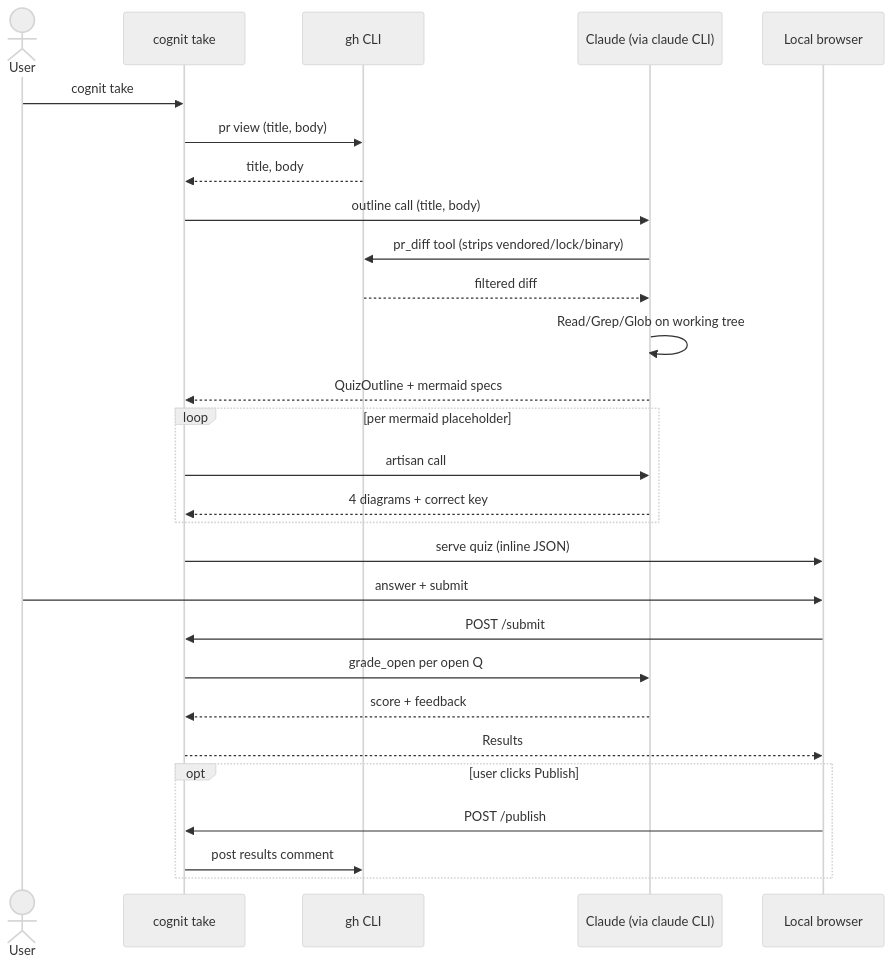
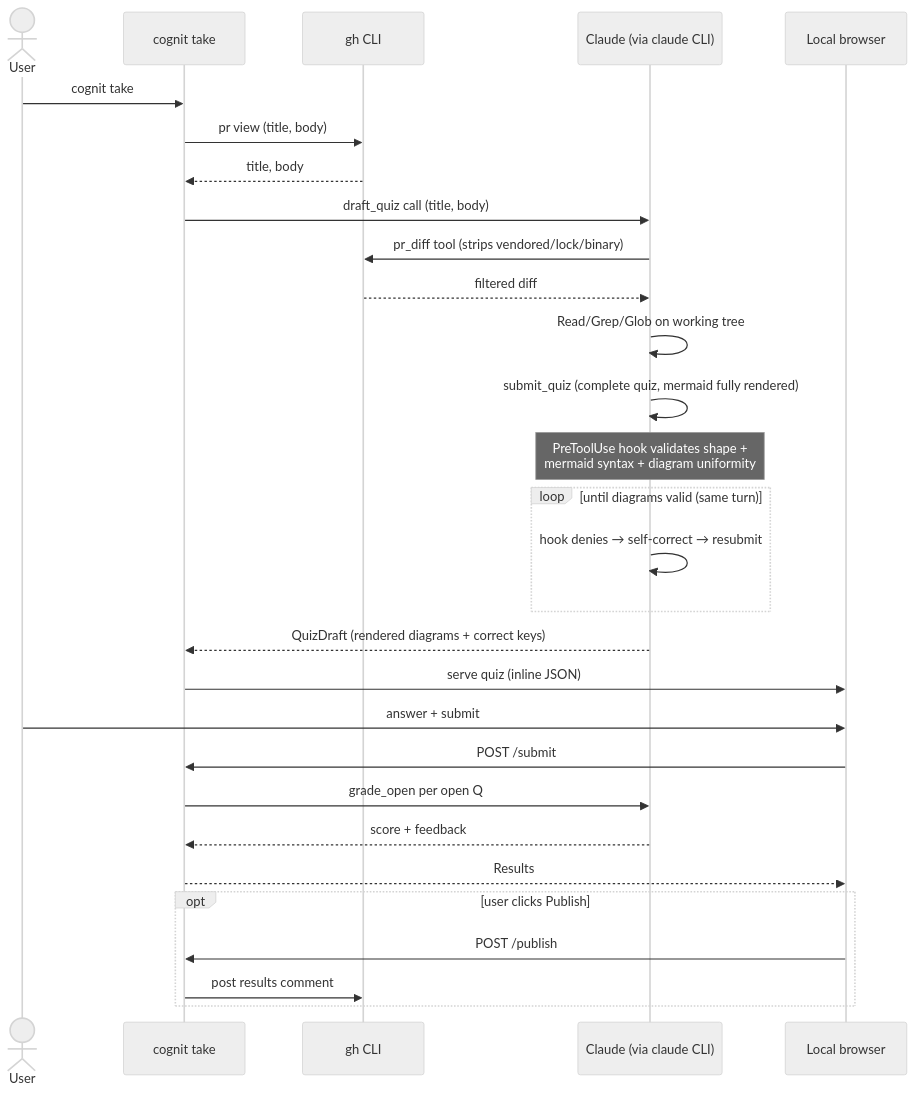
Before and after one commit to jonasbrami/cognit: the diagram in README.md, drawn with Mermaid (neutral theme). The commit also changed 2 other files, not shown here.

Commit message:
docs: describe single-stage quiz generation

````diff
--- a/README.md
+++ b/README.md
@@ -63,31 +63,32 @@
 ```mermaid
 sequenceDiagram
   actor User
   participant CLI as cognit take
   participant gh as gh CLI
   participant Agent as Claude (via claude CLI)
   participant Web as Local browser
 
   User->>CLI: cognit take
   CLI->>gh: pr view (title, body)
   gh-->>CLI: title, body
-  CLI->>Agent: outline call (title, body)
+  CLI->>Agent: draft_quiz call (title, body)
   Agent->>gh: pr_diff tool (strips vendored/lock/binary)
   gh-->>Agent: filtered diff
   Agent->>Agent: Read/Grep/Glob on working tree
-  Agent-->>CLI: QuizOutline + mermaid specs
-  loop per mermaid placeholder
-    CLI->>Agent: artisan call
-    Agent-->>CLI: 4 diagrams + correct key
+  Agent->>Agent: submit_quiz (complete quiz, mermaid fully rendered)
+  Note over Agent: PreToolUse hook validates shape +<br/>mermaid syntax + diagram uniformity
+  loop until diagrams valid (same turn)
+    Agent->>Agent: hook denies → self-correct → resubmit
   end
+  Agent-->>CLI: QuizDraft (rendered diagrams + correct keys)
   CLI->>Web: serve quiz (inline JSON)
   User->>Web: answer + submit
   Web->>CLI: POST /submit
   CLI->>Agent: grade_open per open Q
   Agent-->>CLI: score + feedback
   CLI-->>Web: Results
   opt user clicks Publish
     Web->>CLI: POST /publish
     CLI->>gh: post results comment
   end
 ```
````
